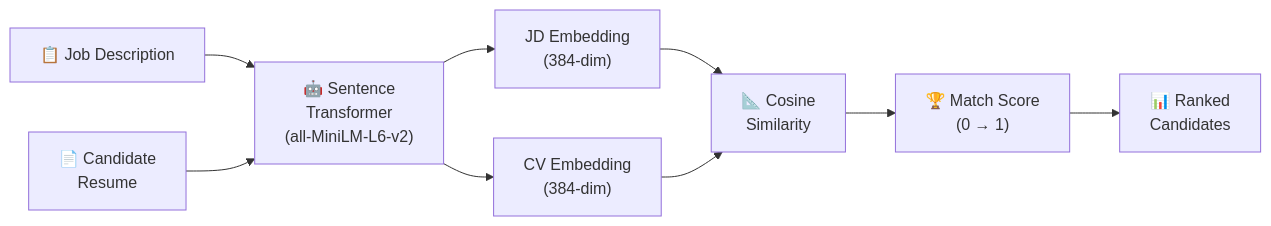
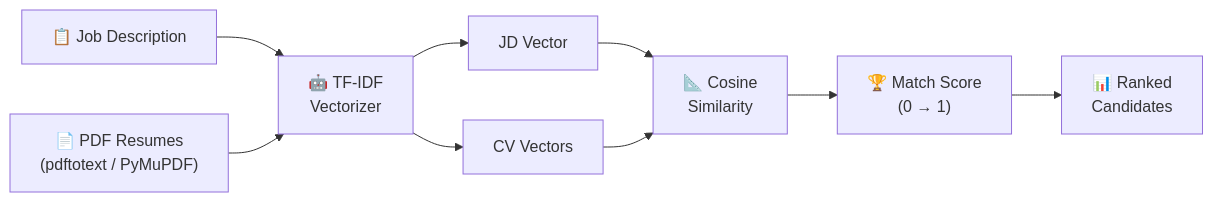
Before and after one commit to ahmadalsharef994/candidate_matching_tool: the diagram in README.md, drawn with Mermaid. The commit also changed other lines of this file and 5 other files, not shown here.

Commit message:
ci: add GitHub Actions CI workflow docs: rewrite README with sample output table, Docker quick start, CI badge fix: move unprofessional .odt file to docs/ docs: add CVs/README.md to guide resume placement

````diff
--- a/README.md
+++ b/README.md
@@ -17,11 +18,11 @@
 ```mermaid
 flowchart LR
-    JD["📋 Job Description"] --> Encoder["🤖 Sentence\nTransformer\n(all-MiniLM-L6-v2)"]
-    Resume["📄 Candidate\nResume"] --> Encoder
-    Encoder --> JD_Embed["JD Embedding\n(384-dim)"]
-    Encoder --> CV_Embed["CV Embedding\n(384-dim)"]
-    JD_Embed --> Cosine["📐 Cosine\nSimilarity"]
-    CV_Embed --> Cosine
+    JD["📋 Job Description"] --> TFIDF["🤖 TF-IDF\nVectorizer"]
+    CVs["📄 PDF Resumes\n(pdftotext / PyMuPDF)"] --> TFIDF
+    TFIDF --> JD_Vec["JD Vector"]
+    TFIDF --> CV_Vecs["CV Vectors"]
+    JD_Vec --> Cosine["📐 Cosine\nSimilarity"]
+    CV_Vecs --> Cosine
     Cosine --> Score["🏆 Match Score\n(0 → 1)"]
     Score --> Ranked["📊 Ranked\nCandidates"]
 ```
````
